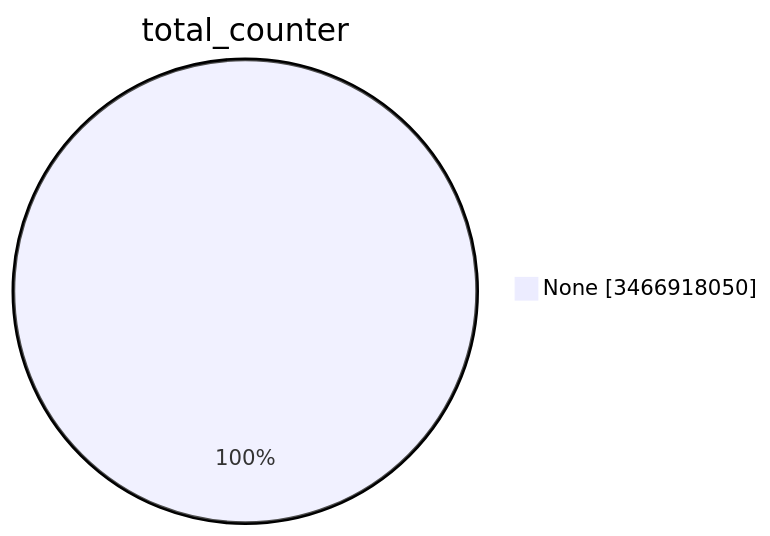
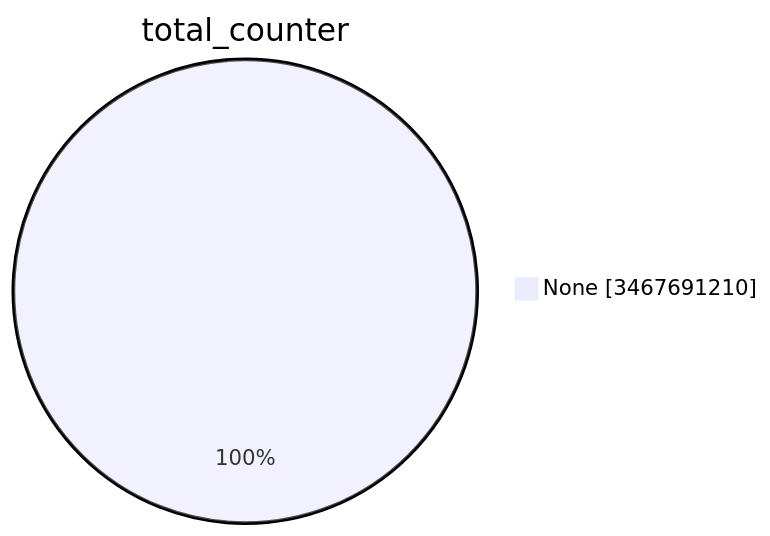
The first of 15 diagrams in TOTAL/README.md (christiankrug/ctmonitor_visualization), drawn with Mermaid before and after one commit. The commit also changed other lines of this file, not shown here.

````diff
--- a/TOTAL/README.md
+++ b/TOTAL/README.md
@@ -1,5 +1,5 @@
 ```mermaid
 pie showData
 title total_counter
-"None" :3466918050
+"None" :3467691210
 ```
````
